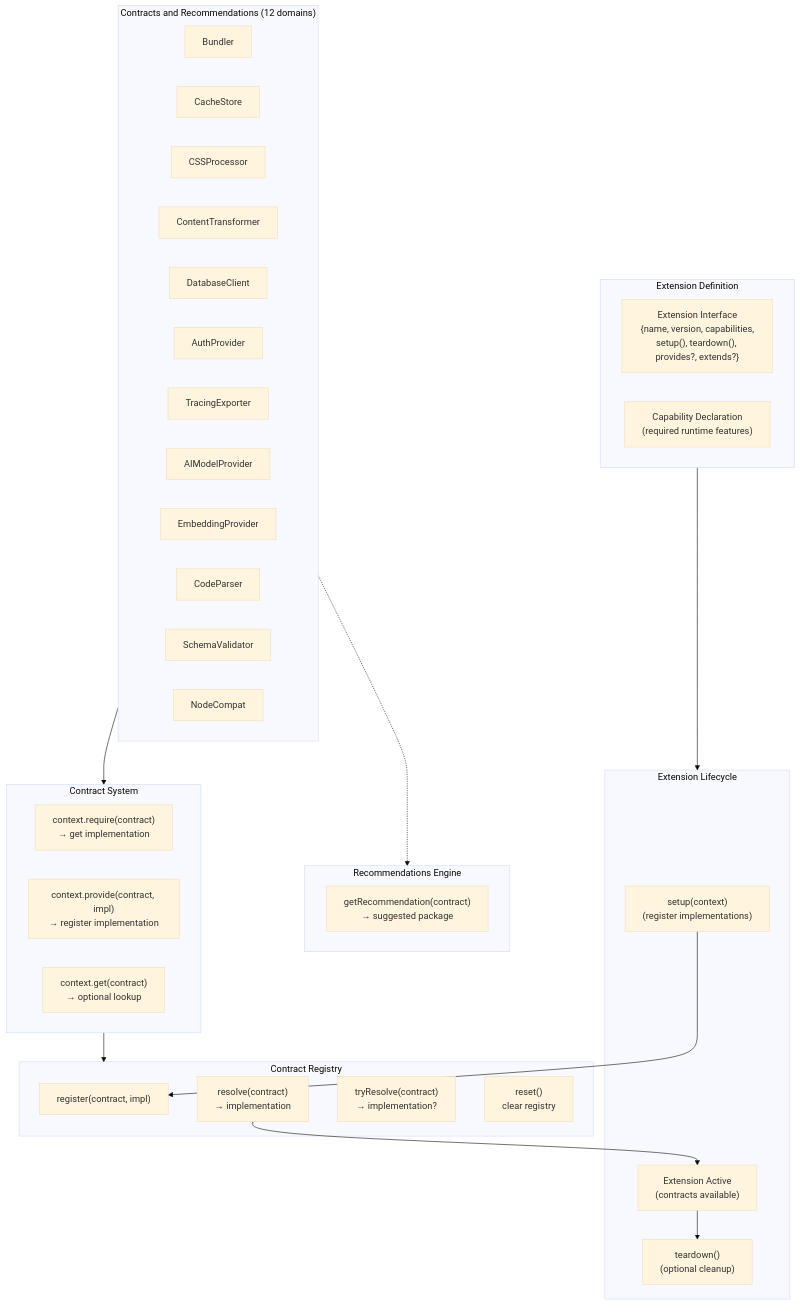
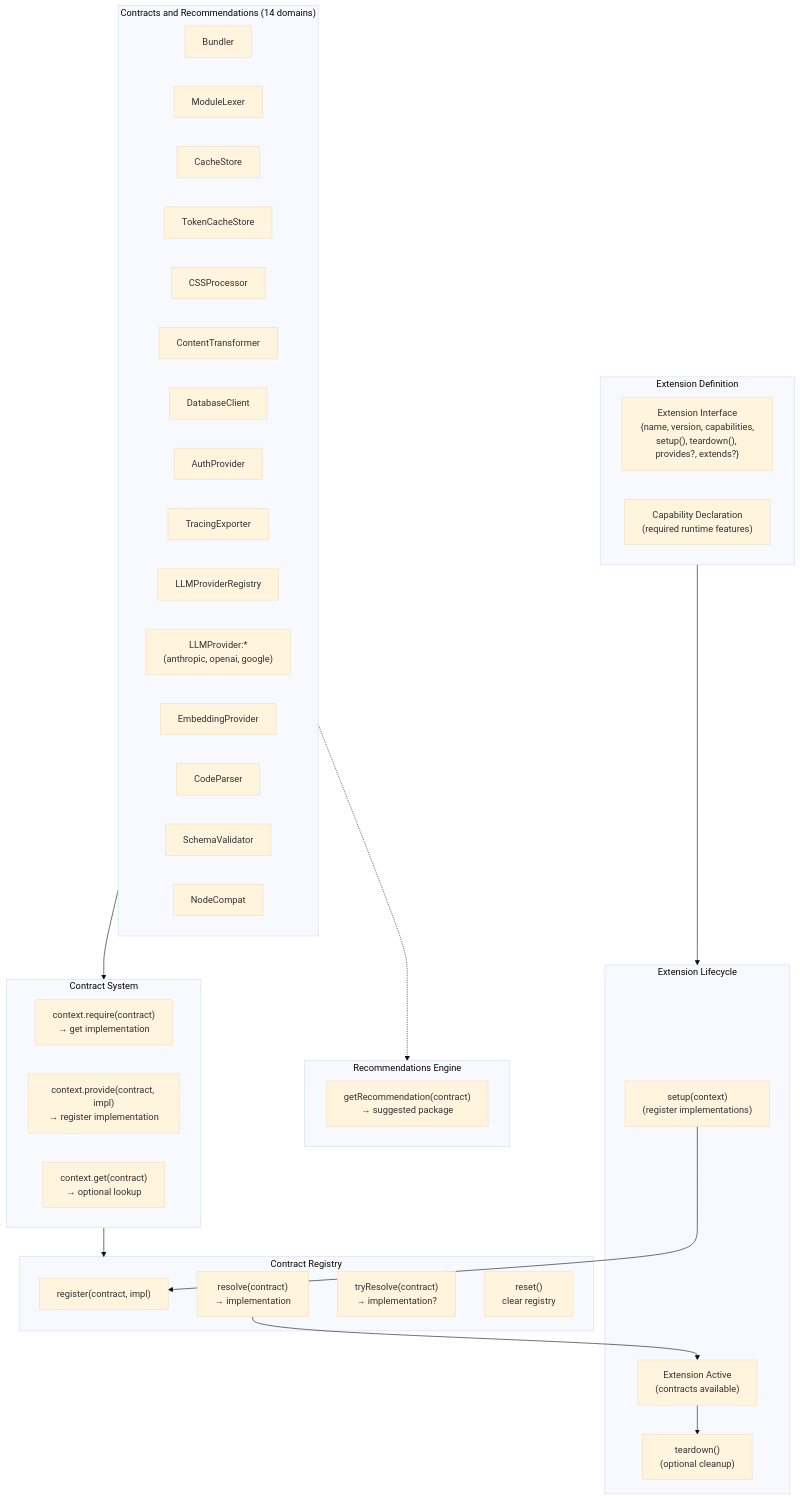
One commit to veryfront/veryfront-code changed the second of 5 diagrams in docs/architecture/06-discovery-extensions.md. Above: the diagram before and after it, drawn with Mermaid (base theme). The commit also changed other lines of this file and 4 other files, not shown here.

First line of the commit message:
docs: align architecture and guides with current extension naming

````diff
--- a/docs/architecture/06-discovery-extensions.md
+++ b/docs/architecture/06-discovery-extensions.md
@@ -94,53 +94,56 @@
 ```mermaid
 graph TB
     subgraph ExtDef["Extension Definition"]
         ExtInterface["Extension Interface<br/>{name, version, capabilities,<br/>setup(), teardown(), provides?, extends?}"]
         Capability["Capability Declaration<br/>(required runtime features)"]
     end
 
-    subgraph Contracts["Contracts and Recommendations (12 domains)"]
+    subgraph Contracts["Contracts and Recommendations (14 domains)"]
         Bundler["Bundler"]
+        ModuleLexer["ModuleLexer"]
         CacheStore["CacheStore"]
+        TokenCacheStore["TokenCacheStore"]
         CSSProcessor["CSSProcessor"]
         ContentTx["ContentTransformer"]
         DatabaseClient["DatabaseClient"]
         AuthProvider["AuthProvider"]
         TracingExporter["TracingExporter"]
-        AIModelProvider["AIModelProvider"]
+        LLMProviderRegistry["LLMProviderRegistry"]
+        LLMProvider["LLMProvider:*<br/>(anthropic, openai, google)"]
         EmbeddingProvider["EmbeddingProvider"]
         CodeParser["CodeParser"]
         SchemaValidator["SchemaValidator"]
         NodeCompat["NodeCompat"]
     end
 
     subgraph ContractSystem["Contract System"]
         Require["context.require(contract)<br/>→ get implementation"]
         Provide["context.provide(contract, impl)<br/>→ register implementation"]
         Get["context.get(contract)<br/>→ optional lookup"]
     end
 
     subgraph Registry2["Contract Registry"]
         Register["register(contract, impl)"]
         Resolve["resolve(contract)<br/>→ implementation"]
         TryResolve["tryResolve(contract)<br/>→ implementation?"]
         Reset["reset()<br/>clear registry"]
     end
 
     subgraph Lifecycle["Extension Lifecycle"]
         Setup["setup(context)<br/>(register implementations)"]
         Active["Extension Active<br/>(contracts available)"]
         Teardown["teardown()<br/>(optional cleanup)"]
     end
 
     subgraph Recommendations["Recommendations Engine"]
         Recommend["getRecommendation(contract)<br/>→ suggested package"]
     end
 
     Contracts --> ContractSystem
     ContractSystem --> Registry2
     ExtDef --> Lifecycle
     Setup --> Register
     Resolve --> Active
     Active --> Teardown
     Contracts -.-> Recommendations
 ```
````
